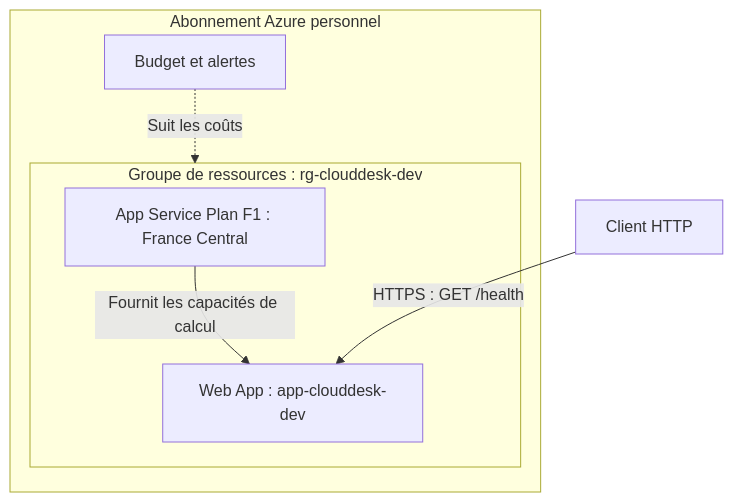
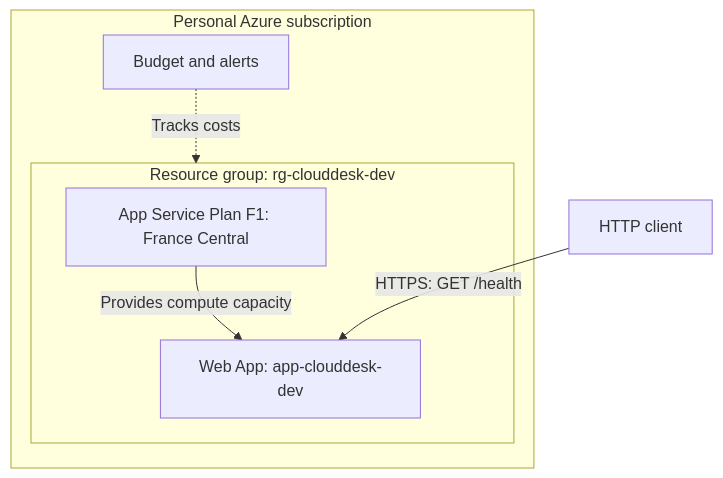
The diagram in README.md (dev-ugo/clouddesk), drawn with Mermaid before and after one commit. The commit also changed other lines of this file and 2 other files, not shown here.

Commit message:
Document Azure monitoring and warm-up configuration

````diff
--- a/README.md
+++ b/README.md
@@ -27,14 +32,14 @@
 ```mermaid
 flowchart TD
-    client["Client HTTP"]
-    subgraph abonnement["Abonnement Azure personnel"]
-        subgraph groupe["Groupe de ressources : rg-clouddesk-dev"]
-            plan["App Service Plan F1 : France Central"]
-            web["Web App : app-clouddesk-dev"]
-            plan -->|Fournit les capacités de calcul| web
+    client["HTTP client"]
+    subgraph abonnement["Personal Azure subscription"]
+        subgraph groupe["Resource group: rg-clouddesk-dev"]
+            plan["App Service Plan F1: France Central"]
+            web["Web App: app-clouddesk-dev"]
+            plan -->|Provides compute capacity| web
         end
-        budget["Budget et alertes"]
-        budget -.->|Suit les coûts| groupe
+        budget["Budget and alerts"]
+        budget -.->|Tracks costs| groupe
     end
-    client -->|HTTPS : GET /health| web
+    client -->|HTTPS: GET /health| web
 ```
````
